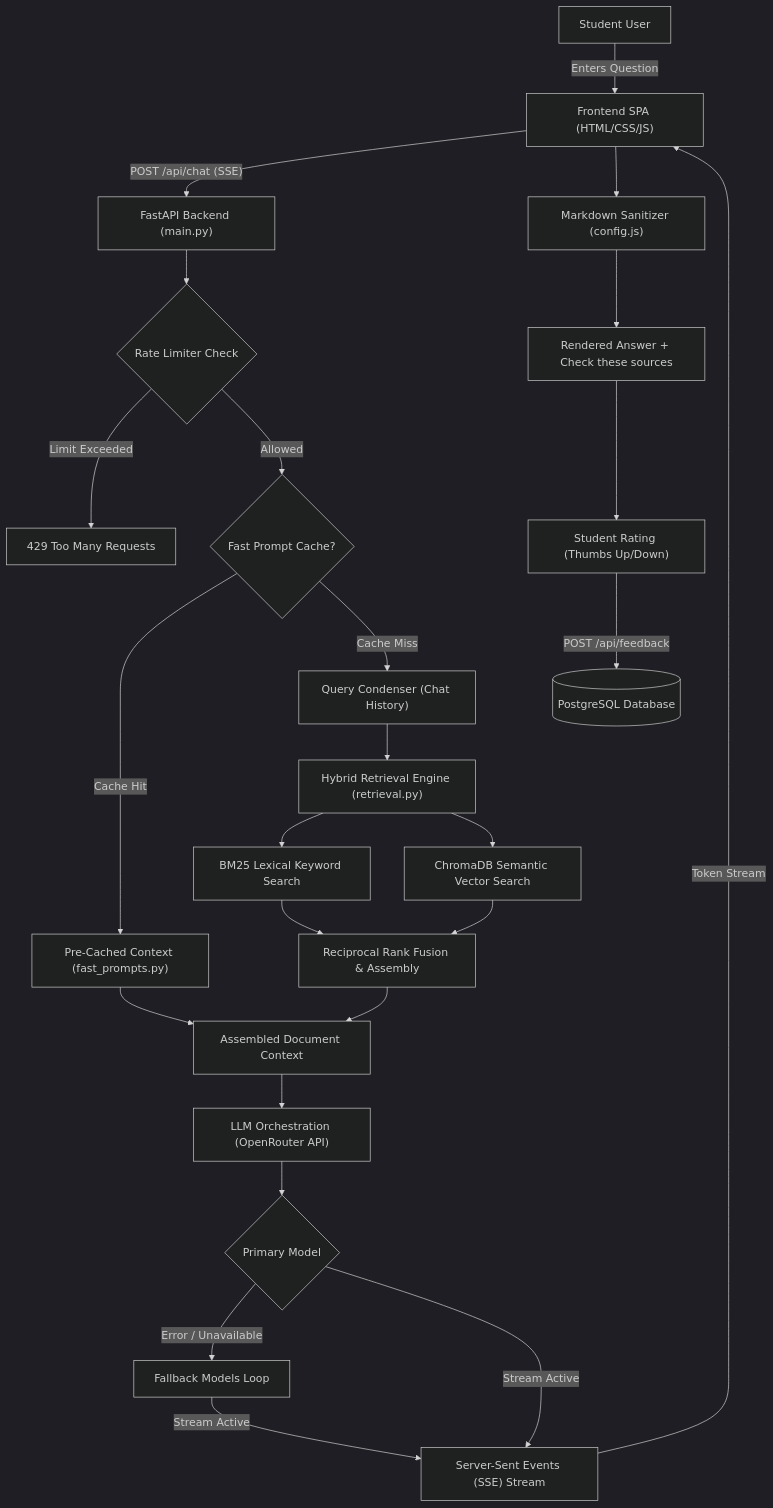
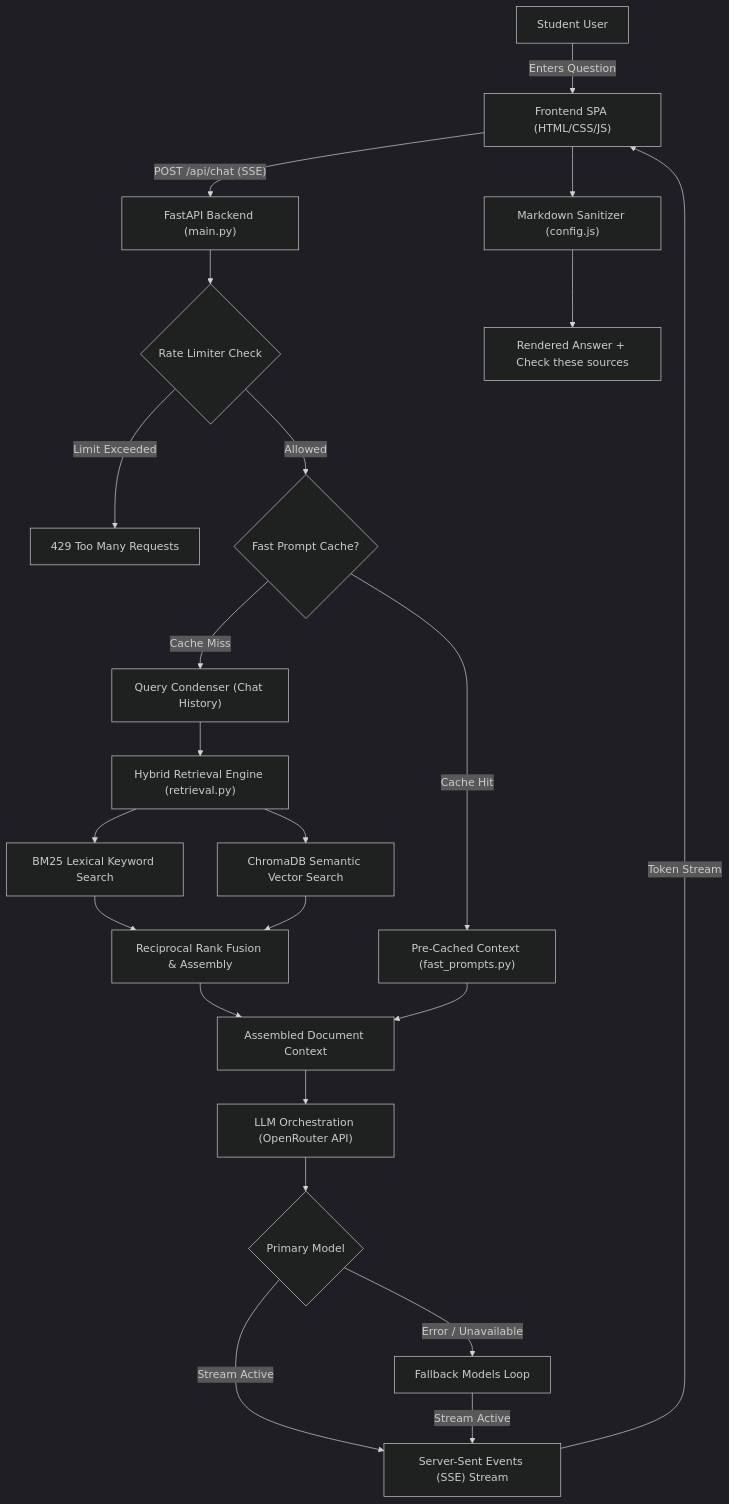
The diagram in README.md (hertzy-da-poet/DeAnza_Chatbot), drawn with Mermaid (dark theme) before and after one commit. The commit also changed other lines of this file and 5 other files, not shown here.

````diff
--- a/README.md
+++ b/README.md
@@ -37,33 +35,30 @@
 ```mermaid
 flowchart TD
     User["Student User"] -->|"Enters Question"| UI["Frontend SPA (HTML/CSS/JS)"]
     UI -->|"POST /api/chat (SSE)"| API["FastAPI Backend (main.py)"]
     API --> RateLimit{"Rate Limiter Check"}
     RateLimit -->|"Limit Exceeded"| HTTP429["429 Too Many Requests"]
     RateLimit -->|"Allowed"| FastPrompt{"Fast Prompt Cache?"}
     
     FastPrompt -->|"Cache Hit"| CachedContext["Pre-Cached Context (fast_prompts.py)"]
     FastPrompt -->|"Cache Miss"| Condenser["Query Condenser (Chat History)"]
     
     Condenser --> Retrieval["Hybrid Retrieval Engine (retrieval.py)"]
     Retrieval --> BM25["BM25 Lexical Keyword Search"]
     Retrieval --> Vector["ChromaDB Semantic Vector Search"]
     BM25 --> RankFusion["Reciprocal Rank Fusion & Assembly"]
     Vector --> RankFusion
     
     RankFusion --> Context["Assembled Document Context"]
     CachedContext --> Context
     
     Context --> Orchestrator["LLM Orchestration (OpenRouter API)"]
     Orchestrator --> PrimaryModel{"Primary Model"}
     PrimaryModel -->|"Error / Unavailable"| FallbackModel["Fallback Models Loop"]
     PrimaryModel -->|"Stream Active"| SSE["Server-Sent Events (SSE) Stream"]
     FallbackModel -->|"Stream Active"| SSE
     
     SSE -->|"Token Stream"| UI
     UI --> Formatter["Markdown Sanitizer (config.js)"]
     Formatter --> RenderedMsg["Rendered Answer + Check these sources"]
-    
-    RenderedMsg --> Feedback["Student Rating (Thumbs Up/Down)"]
-    Feedback -->|"POST /api/feedback"| DB[("PostgreSQL Database")]
 ```
````
